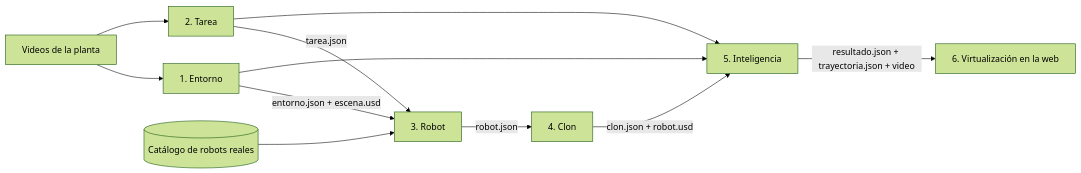
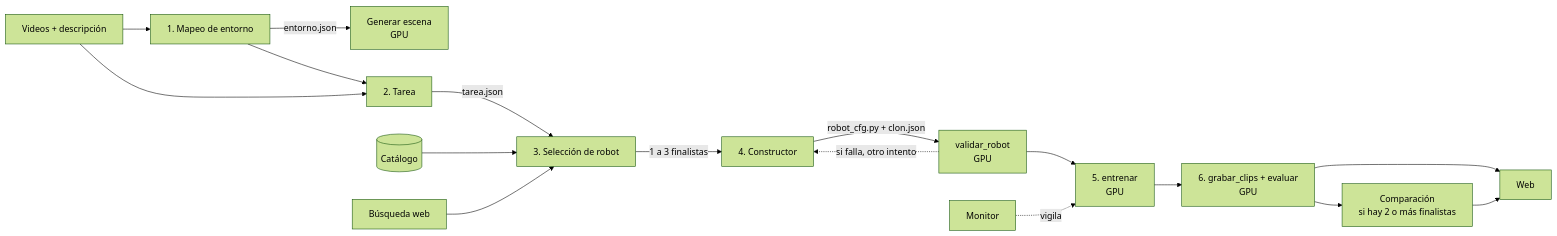
The first of 4 diagrams in docs/arquitectura.md (platanus-hack/platanus-hack-26-cl-team-4), drawn with Mermaid (forest theme) before and after one commit. The commit also changed other lines of this file and 4 other files, not shown here.

````diff
--- a/docs/arquitectura.md
+++ b/docs/arquitectura.md
@@ -16,13 +28,19 @@
 ```mermaid
 flowchart LR
-  V[Videos de la planta] --> E[1. Entorno]
-  V --> T[2. Tarea]
-  E -->|entorno.json + escena.usd| R[3. Robot]
-  T -->|tarea.json| R
-  CAT[(Catálogo de robots reales)] --> R
-  R -->|robot.json| C[4. Clon]
-  C -->|clon.json + robot.usd| I[5. Inteligencia]
-  E --> I
-  T --> I
-  I -->|resultado.json + trayectoria.json + video| D[6. Virtualización en la web]
+  V[Videos + descripción] --> E[1. Mapeo de entorno]
+  E -->|entorno.json| ESC[Generar escena<br/>GPU]
+  E --> T[2. Tarea]
+  V --> T
+  T -->|tarea.json| S[3. Selección de robot]
+  CAT[(Catálogo)] --> S
+  B[Búsqueda web] --> S
+  S -->|1 a 3 finalistas| C[4. Constructor]
+  C -->|robot_cfg.py + clon.json| VAL[validar_robot<br/>GPU]
+  VAL -.->|si falla, otro intento| C
+  VAL --> RL[5. entrenar<br/>GPU]
+  M[Monitor] -.->|vigila| RL
+  RL --> EV[6. grabar_clips + evaluar<br/>GPU]
+  EV --> CMP[Comparación<br/>si hay 2 o más finalistas]
+  EV --> W[Web]
+  CMP --> W
 ```
````
